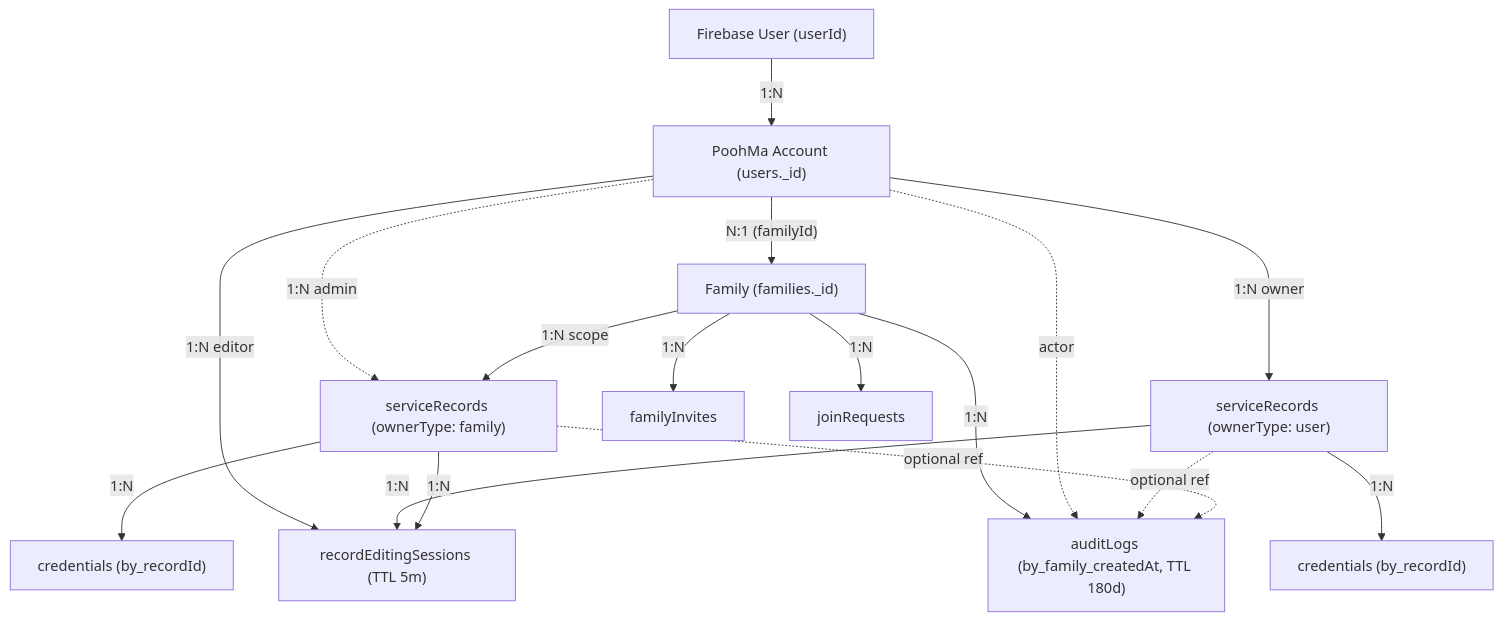
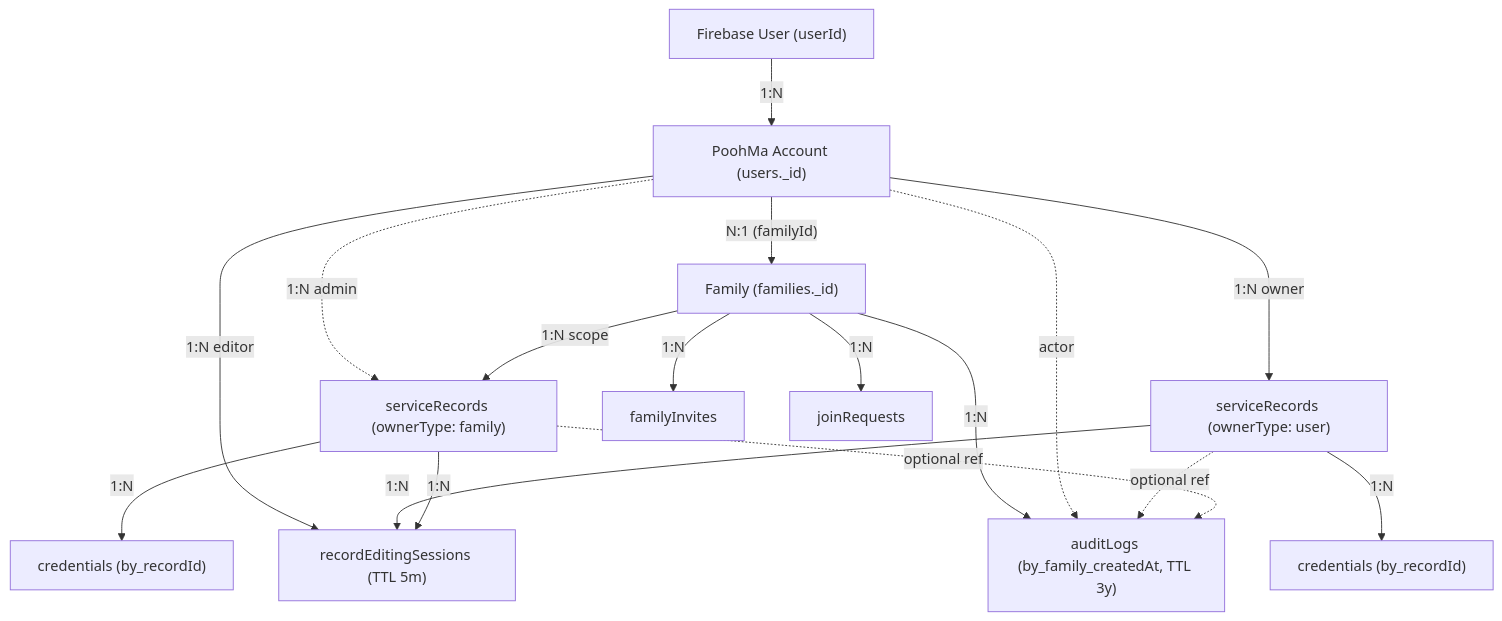
The first of 7 diagrams in .ai/domain.md (luthpg/poohma), drawn with Mermaid before and after one commit. The commit also changed other lines of this file and 44 other files, not shown here.

````diff
--- a/.ai/domain.md
+++ b/.ai/domain.md
@@ -9,22 +9,22 @@
 ```mermaid
 flowchart TD
     FirebaseUser["Firebase User (userId)"] -->|"1:N"| PoohMaAccount["PoohMa Account (users._id)"]
     PoohMaAccount -->|"N:1 (familyId)"| Family["Family (families._id)"]
     
     PoohMaAccount -->|"1:N owner"| RecUser["serviceRecords (ownerType: user)"]
     PoohMaAccount -.->|"1:N admin"| RecFamily["serviceRecords (ownerType: family)"]
     PoohMaAccount -->|"1:N editor"| EditSession["recordEditingSessions (TTL 5m)"]
     
     RecUser -->|"1:N"| CredsUser["credentials (by_recordId)"]
     RecFamily -->|"1:N"| CredsFamily["credentials (by_recordId)"]
     RecUser -->|"1:N"| EditSession
     RecFamily -->|"1:N"| EditSession
     
     Family -->|"1:N scope"| RecFamily
     Family -->|"1:N"| Invites["familyInvites"]
     Family -->|"1:N"| JoinReqs["joinRequests"]
-    Family -->|"1:N"| AuditLog["auditLogs (by_family_createdAt, TTL 180d)"]
+    Family -->|"1:N"| AuditLog["auditLogs (by_family_createdAt, TTL 3y)"]
     PoohMaAccount -.->|"actor"| AuditLog
     RecUser -.->|"optional ref"| AuditLog
     RecFamily -.->|"optional ref"| AuditLog
 ```
````
